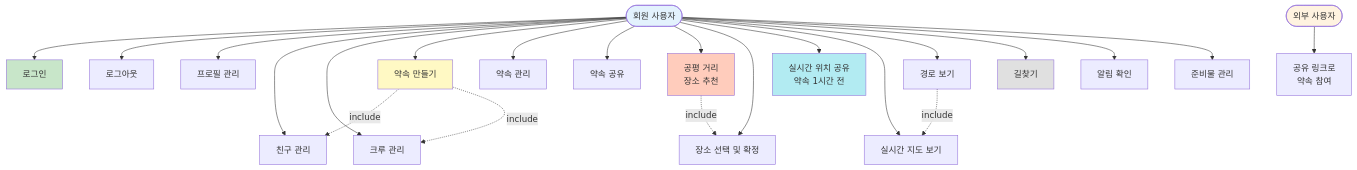
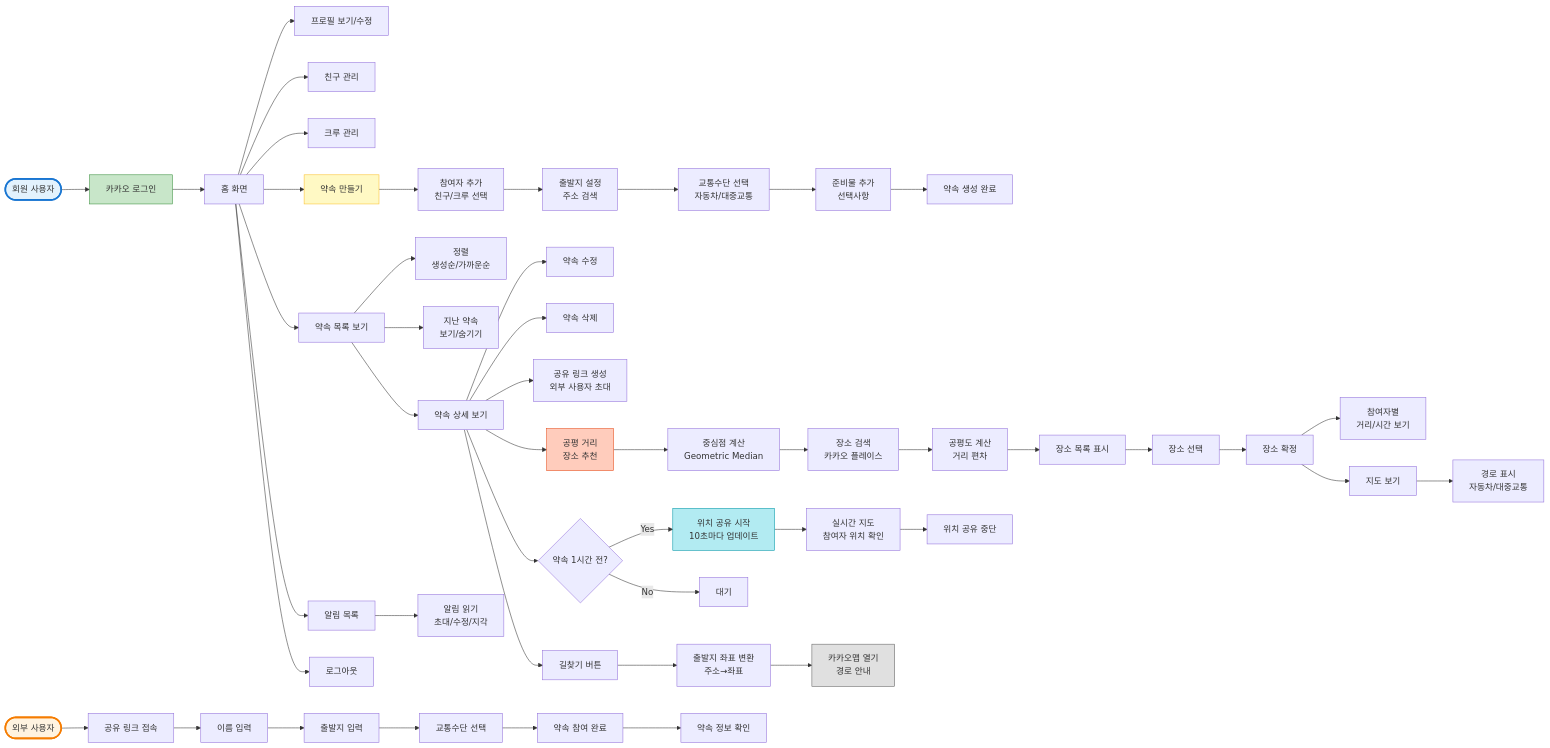
The first of 7 diagrams in README.md (mongkwon/landingpage), drawn with Mermaid before and after one commit.

````diff
--- a/README.md
+++ b/README.md
@@ -5,76 +5,85 @@
 ```mermaid
-graph TB
-    %% 액터
+graph LR
+    %% 회원 사용자 플로우
     User([회원 사용자])
+    
+    %% 1단계: 인증
+    User --> Login[카카오 로그인]
+    Login --> Home[홈 화면]
+    
+    %% 2단계: 프로필 및 관계 설정
+    Home --> Profile[프로필 보기/수정]
+    Home --> Friends[친구 관리]
+    Home --> Crews[크루 관리]
+    
+    %% 3단계: 약속 관련 분기
+    Home --> MeetupList[약속 목록 보기]
+    Home --> CreateMeetup[약속 만들기]
+    
+    %% 3-1: 약속 만들기 흐름
+    CreateMeetup --> AddParticipant[참여자 추가<br/>친구/크루 선택]
+    AddParticipant --> SetLocation[출발지 설정<br/>주소 검색]
+    SetLocation --> SetTransport[교통수단 선택<br/>자동차/대중교통]
+    SetTransport --> AddItems[준비물 추가<br/>선택사항]
+    AddItems --> MeetupCreated[약속 생성 완료]
+    
+    %% 3-2: 약속 목록에서 상세
+    MeetupList --> Sort[정렬<br/>생성순/가까운순]
+    MeetupList --> Filter[지난 약속<br/>보기/숨기기]
+    MeetupList --> MeetupDetail[약속 상세 보기]
+    
+    %% 4단계: 약속 상세에서 분기
+    MeetupDetail --> EditMeetup[약속 수정]
+    MeetupDetail --> DeleteMeetup[약속 삭제]
+    MeetupDetail --> ShareLink[공유 링크 생성<br/>외부 사용자 초대]
+    MeetupDetail --> Recommend[공평 거리<br/>장소 추천]
+    
+    %% 5단계: 장소 추천 및 확정
+    Recommend --> CalcCenter[중심점 계산<br/>Geometric Median]
+    CalcCenter --> SearchPlaces[장소 검색<br/>카카오 플레이스]
+    SearchPlaces --> CalcFairness[공평도 계산<br/>거리 편차]
+    CalcFairness --> ShowPlaces[장소 목록 표시]
+    ShowPlaces --> SelectPlace[장소 선택]
+    SelectPlace --> ConfirmPlace[장소 확정]
+    
+    %% 6단계: 확정 후 기능들
+    ConfirmPlace --> ViewDistance[참여자별<br/>거리/시간 보기]
+    ConfirmPlace --> ViewMap[지도 보기]
+    ViewMap --> ViewRoute[경로 표시<br/>자동차/대중교통]
+    
+    %% 7단계: 약속 당일 기능
+    MeetupDetail --> ShareLocationCheck{약속 1시간 전?}
+    ShareLocationCheck -->|Yes| StartShare[위치 공유 시작<br/>10초마다 업데이트]
+    ShareLocationCheck -->|No| WaitTime[대기]
+    StartShare --> RealtimeMap[실시간 지도<br/>참여자 위치 확인]
+    RealtimeMap --> StopShare[위치 공유 중단]
+    
+    %% 8단계: 길찾기
+    MeetupDetail --> NavigateBtn[길찾기 버튼]
+    NavigateBtn --> GeoCode[출발지 좌표 변환<br/>주소→좌표]
+    GeoCode --> OpenKakao[카카오맵 열기<br/>경로 안내]
+    
+    %% 9단계: 알림
+    Home --> Notifications[알림 목록]
+    Notifications --> ReadNotif[알림 읽기<br/>초대/수정/지각]
+    
+    %% 10단계: 로그아웃
+    Home --> Logout[로그아웃]
+    
+    %% 외부 사용자 플로우
     ExternalUser([외부 사용자])
+    ExternalUser --> AccessLink[공유 링크 접속]
+    AccessLink --> InputInfo[이름 입력]
+    InputInfo --> InputLocation[출발지 입력]
+    InputLocation --> InputTransport[교통수단 선택]
+    InputTransport --> JoinMeetup[약속 참여 완료]
+    JoinMeetup --> ViewMeetupInfo[약속 정보 확인]
     
-    %% 인증
-    Login[로그인]
-    Logout[로그아웃]
-    
-    %% 프로필 및 관계
-    Profile[프로필 관리]
-    Friends[친구 관리]
-    Crews[크루 관리]
-    
-    %% 약속
-    CreateMeetup[약속 만들기]
-    ManageMeetup[약속 관리]
-    ShareMeetup[약속 공유]
-    
-    %% 장소
-    RecommendPlace[공평 거리<br/>장소 추천]
-    SelectPlace[장소 선택 및 확정]
-    
-    %% 실시간
-    ShareLocation[실시간 위치 공유<br/>약속 1시간 전]
-    ViewRealtimeMap[실시간 지도 보기]
-    
-    %% 경로
-    ViewRoute[경로 보기]
-    Navigate[길찾기]
-    
-    %% 알림
-    Notifications[알림 확인]
-    
-    %% 준비물
-    ManageItems[준비물 관리]
-    
-    %% 외부 사용자
-    JoinViaLink[공유 링크로<br/>약속 참여]
-    
-    %% 연결: 회원 사용자
-    User --> Login
-    User --> Logout
-    User --> Profile
-    User --> Friends
-    User --> Crews
-    User --> CreateMeetup
-    User --> ManageMeetup
-    User --> ShareMeetup
-    User --> RecommendPlace
-    User --> SelectPlace
-    User --> ShareLocation
-    User --> ViewRealtimeMap
-    User --> ViewRoute
-    User --> Navigate
-    User --> Notifications
-    User --> ManageItems
-    
-    %% 연결: 외부 사용자
-    ExternalUser --> JoinViaLink
-    
-    %% Include 관계
-    CreateMeetup -.->|include| Friends
-    CreateMeetup -.->|include| Crews
-    RecommendPlace -.->|include| SelectPlace
-    ViewRoute -.->|include| ViewRealtimeMap
-    
-    style User fill:#e3f2fd
-    style ExternalUser fill:#fff3e0
-    style Login fill:#c8e6c9
-    style CreateMeetup fill:#fff9c4
-    style RecommendPlace fill:#ffccbc
-    style ShareLocation fill:#b2ebf2
-    style Navigate fill:#e0e0e0
+    style User fill:#e3f2fd,stroke:#1976d2,stroke-width:3px
+    style ExternalUser fill:#fff3e0,stroke:#f57c00,stroke-width:3px
+    style Login fill:#c8e6c9,stroke:#388e3c
+    style CreateMeetup fill:#fff9c4,stroke:#fbc02d
+    style Recommend fill:#ffccbc,stroke:#e64a19
+    style StartShare fill:#b2ebf2,stroke:#0097a7
+    style OpenKakao fill:#e0e0e0,stroke:#616161
 ```
````
